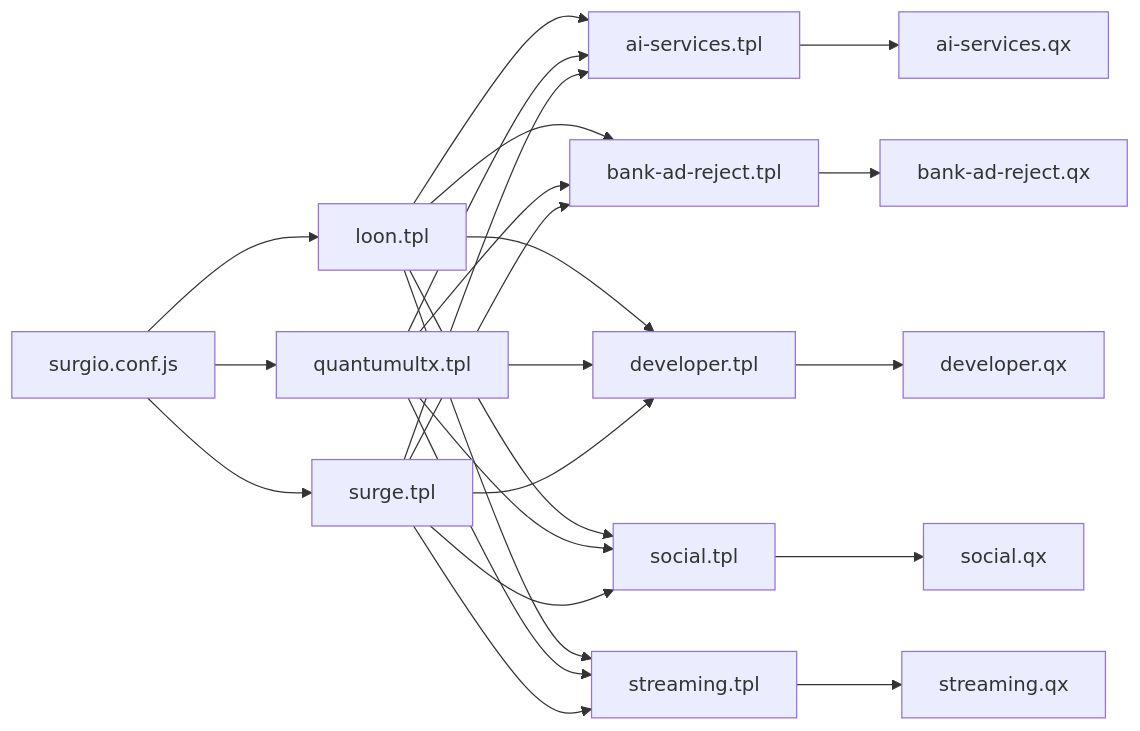
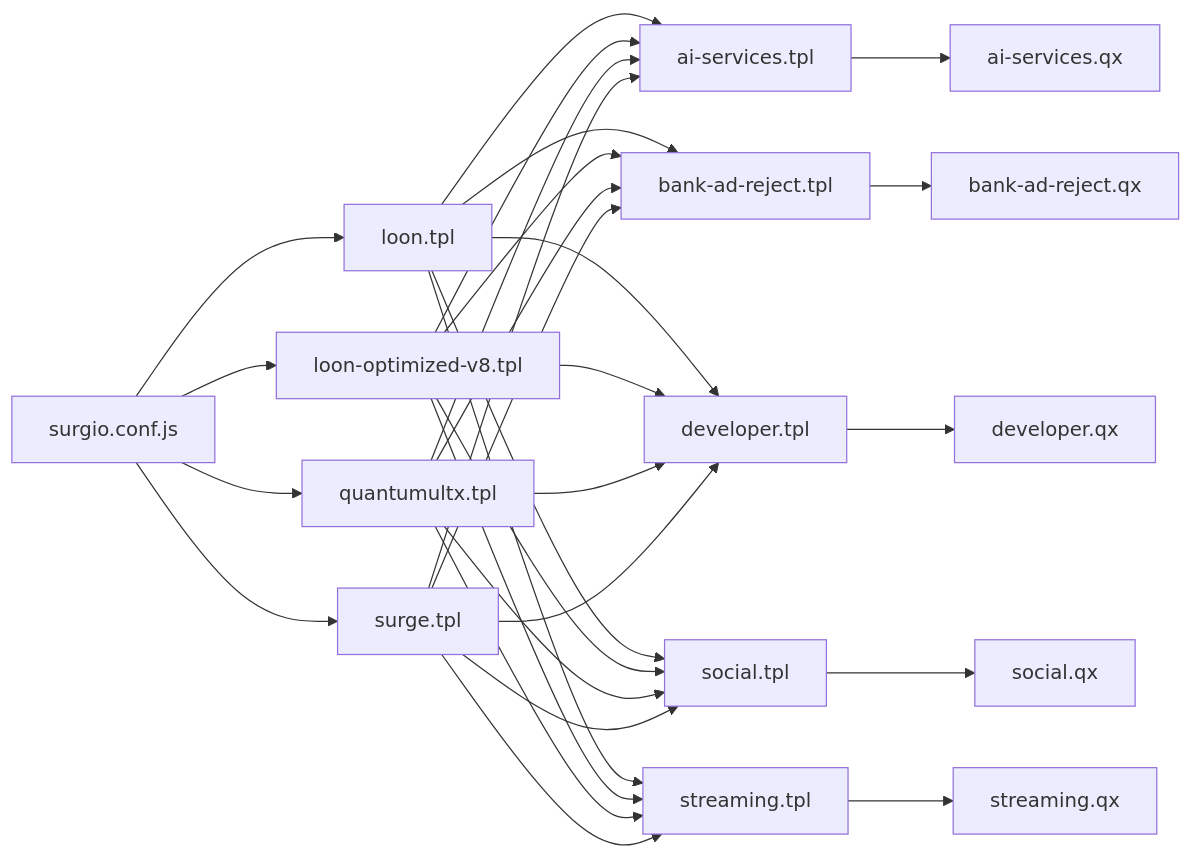
The fourth of 4 diagrams in .qoder/repowiki/zh/content/模板系统.md (3kaiu/config), drawn with Mermaid before and after one commit. The commit also changed other lines of this file and 136 other files, not shown here.

````diff
--- a/.qoder/repowiki/zh/content/模板系统.md
+++ b/.qoder/repowiki/zh/content/模板系统.md
@@ -253,26 +275,32 @@
 ```mermaid
 graph LR
 CFG["surgio.conf.js"] --> L["loon.tpl"]
+CFG --> L2["loon-optimized-v8.tpl"]
 CFG --> Q["quantumultx.tpl"]
 CFG --> S["surge.tpl"]
 L --> A["ai-services.tpl"]
 L --> B["bank-ad-reject.tpl"]
 L --> D["developer.tpl"]
 L --> SO["social.tpl"]
 L --> ST["streaming.tpl"]
+L2 --> A
+L2 --> B
+L2 --> D
+L2 --> SO
+L2 --> ST
 Q --> A
 Q --> B
 Q --> D
 Q --> SO
 Q --> ST
 S --> A
 S --> B
 S --> D
 S --> SO
 S --> ST
 A --> AQ["ai-services.qx"]
 B --> BQ["bank-ad-reject.qx"]
 D --> DQ["developer.qx"]
 SO --> SQ["social.qx"]
 ST --> STQ["streaming.qx"]
 ```
````
